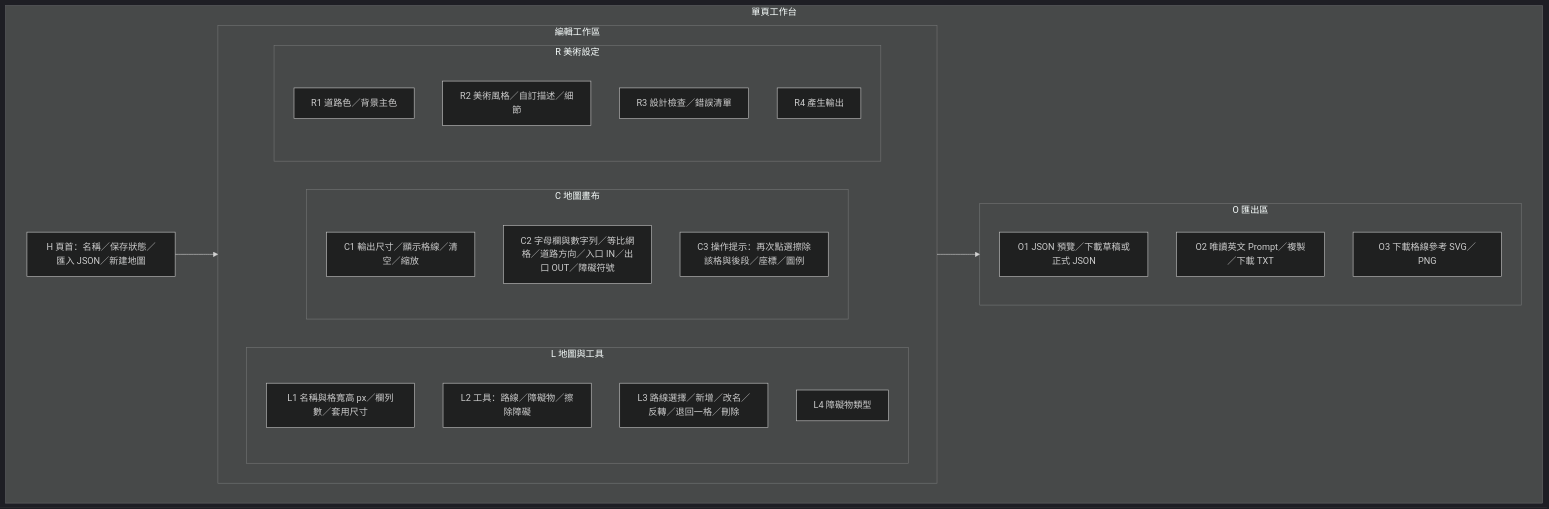
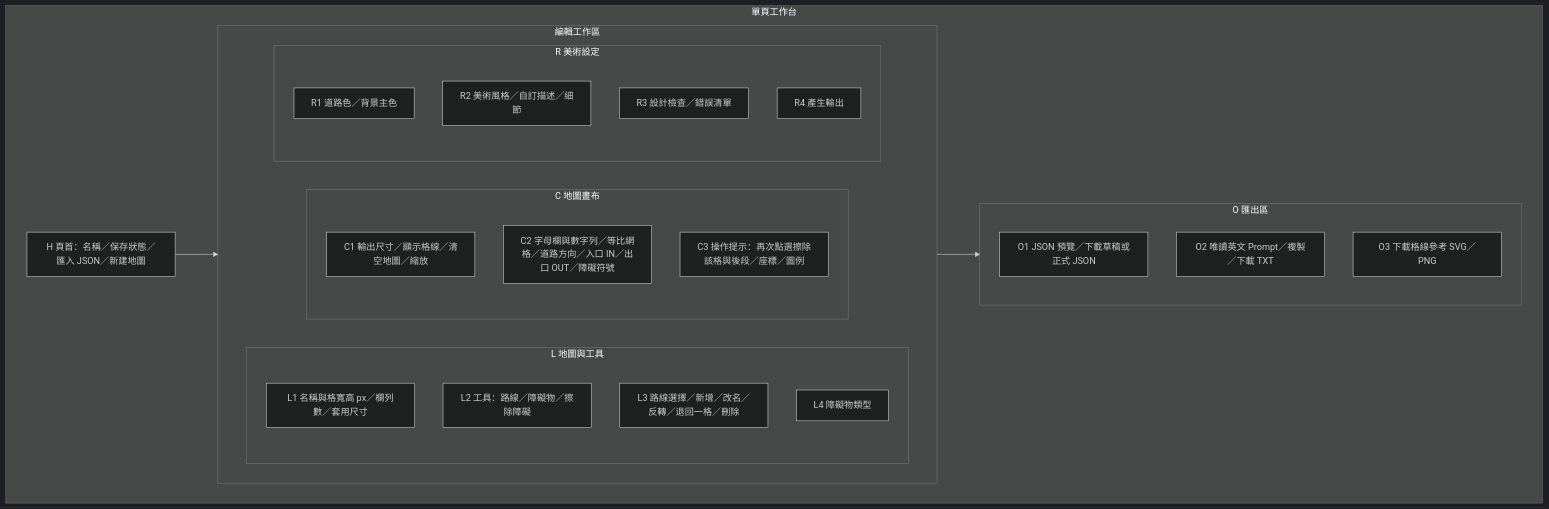
The first of 9 diagrams in docs/SPEC.md (weimowang/tdmapcreate), drawn with Mermaid (dark theme) before and after one commit. The commit also changed other lines of this file and 6 other files, not shown here.

````diff
--- a/docs/SPEC.md
+++ b/docs/SPEC.md
@@ -33,32 +33,32 @@
 ```mermaid
 flowchart TB
   subgraph Page[單頁工作台]
     Header[H 頁首：名稱／保存狀態／匯入 JSON／新建地圖]
     subgraph Workspace[編輯工作區]
       direction LR
       subgraph Left[L 地圖與工具]
         L1[L1 名稱與格寬高 px／欄列數／套用尺寸]
         L2[L2 工具：路線／障礙物／擦除障礙]
         L3[L3 路線選擇／新增／改名／反轉／退回一格／刪除]
         L4[L4 障礙物類型]
       end
       subgraph Center[C 地圖畫布]
-        C1[C1 輸出尺寸／顯示格線／清空／縮放]
+        C1[C1 輸出尺寸／顯示格線／清空地圖／縮放]
         C2[C2 字母欄與數字列／等比網格／道路方向／入口 IN／出口 OUT／障礙符號]
         C3[C3 操作提示：再次點選擦除該格與後段／座標／圖例]
       end
       subgraph Right[R 美術設定]
         R1[R1 道路色／背景主色]
         R2[R2 美術風格／自訂描述／細節]
         R3[R3 設計檢查／錯誤清單]
         R4[R4 產生輸出]
       end
     end
     subgraph Output[O 匯出區]
       O1[O1 JSON 預覽／下載草稿或正式 JSON]
       O2[O2 唯讀英文 Prompt／複製／下載 TXT]
       O3[O3 下載格線參考 SVG／PNG]
     end
   end
   Header --> Workspace --> Output
 ```
````
